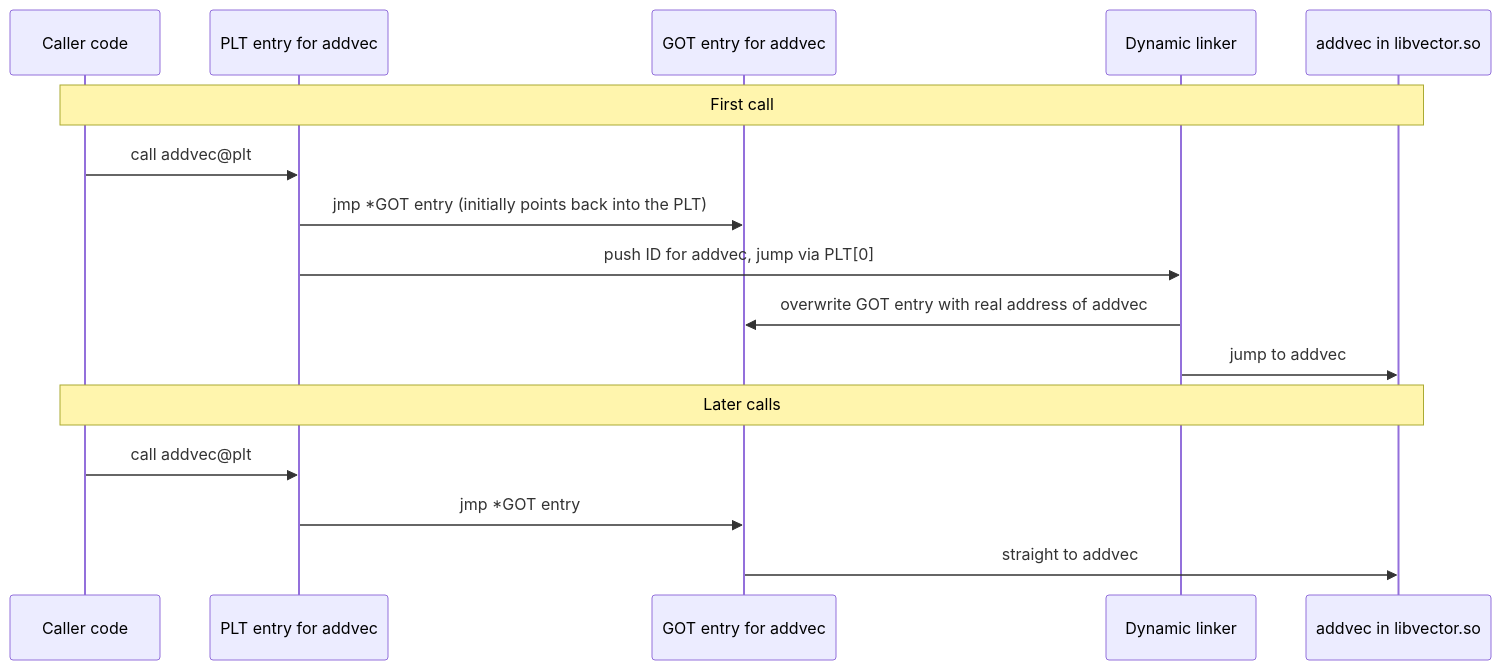
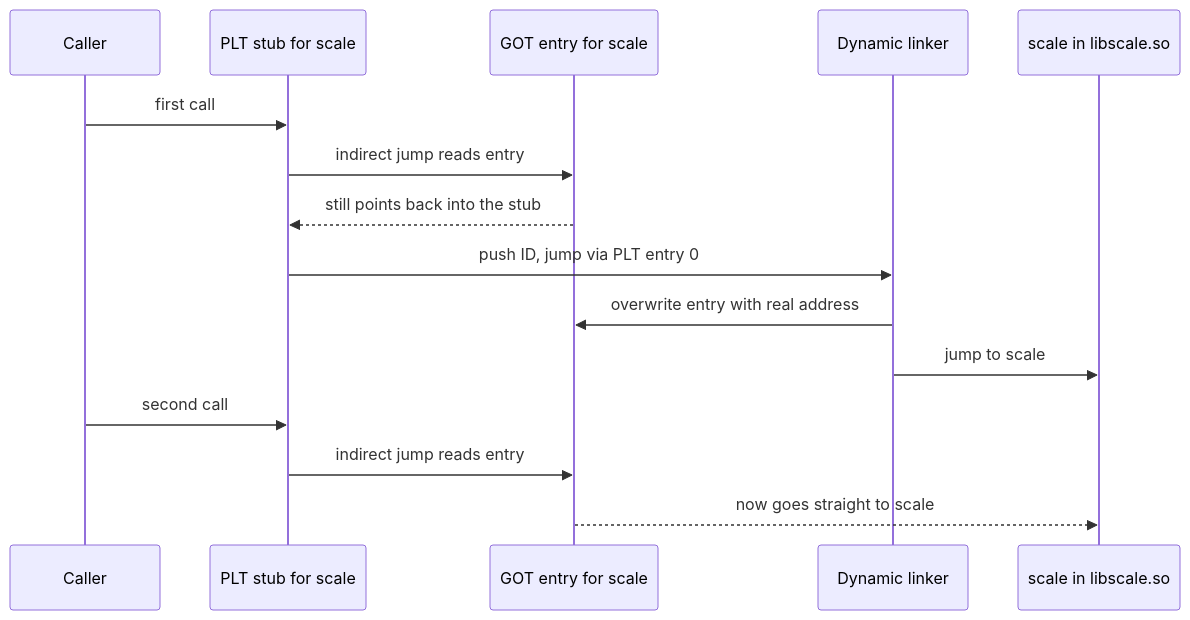
Before and after one commit to alvinnew100/grand-line-study-guide: the third of 3 diagrams in src/csapp/lessons/20-dynamic-linking.md, drawn with Mermaid. The commit also changed other lines of this file and 47 other files, not shown here.

````diff
--- a/src/csapp/lessons/20-dynamic-linking.md
+++ b/src/csapp/lessons/20-dynamic-linking.md
@@ -164,18 +210,17 @@
 ```mermaid
 sequenceDiagram
-  participant C as Caller code
-  participant P as PLT entry for addvec
-  participant G as GOT entry for addvec
-  participant D as Dynamic linker
-  participant F as addvec in libvector.so
-  Note over C,F: First call
-  C->>P: call addvec@plt
-  P->>G: jmp *GOT entry (initially points back into the PLT)
-  P->>D: push ID for addvec, jump via PLT[0]
-  D->>G: overwrite GOT entry with real address of addvec
-  D->>F: jump to addvec
-  Note over C,F: Later calls
-  C->>P: call addvec@plt
-  P->>G: jmp *GOT entry
-  G->>F: straight to addvec
+    participant App as Caller
+    participant PLT as PLT stub for scale
+    participant GOT as GOT entry for scale
+    participant DL as Dynamic linker
+    participant F as scale in libscale.so
+    App->>PLT: first call
+    PLT->>GOT: indirect jump reads entry
+    GOT-->>PLT: still points back into the stub
+    PLT->>DL: push ID, jump via PLT entry 0
+    DL->>GOT: overwrite entry with real address
+    DL->>F: jump to scale
+    App->>PLT: second call
+    PLT->>GOT: indirect jump reads entry
+    GOT-->>F: now goes straight to scale
 ```
````
